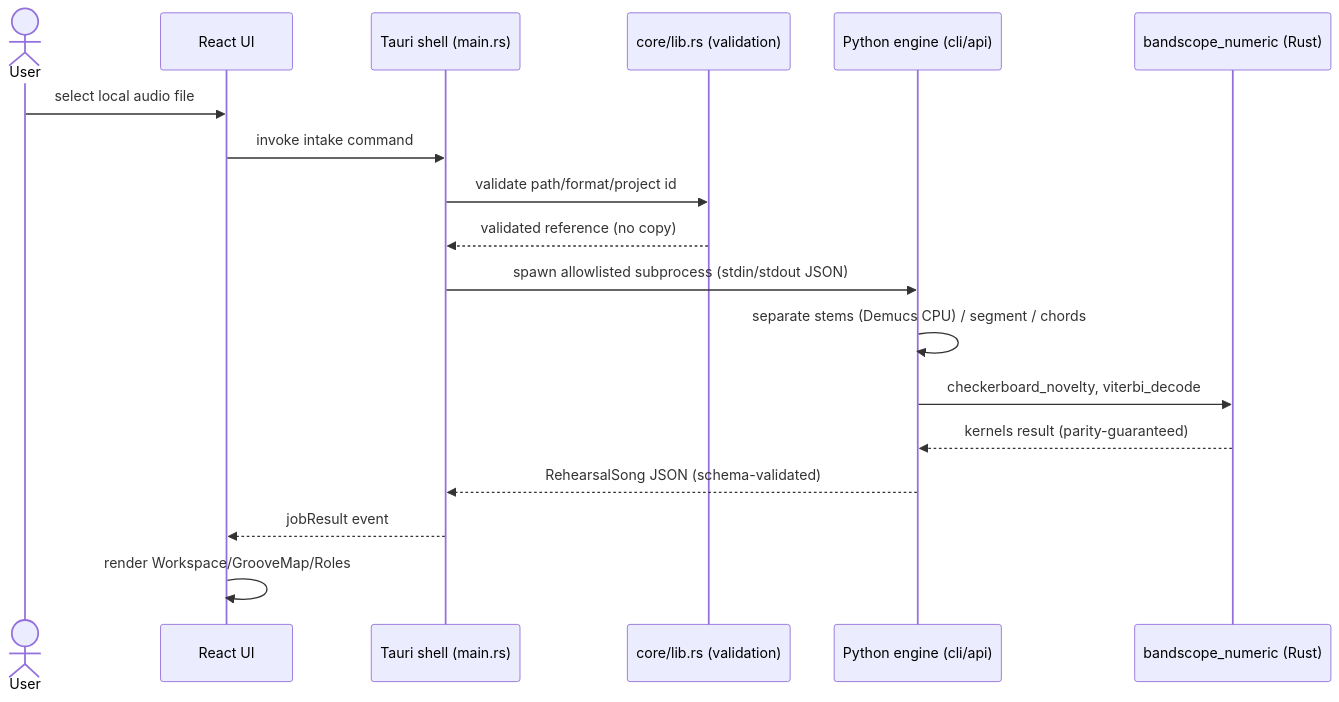
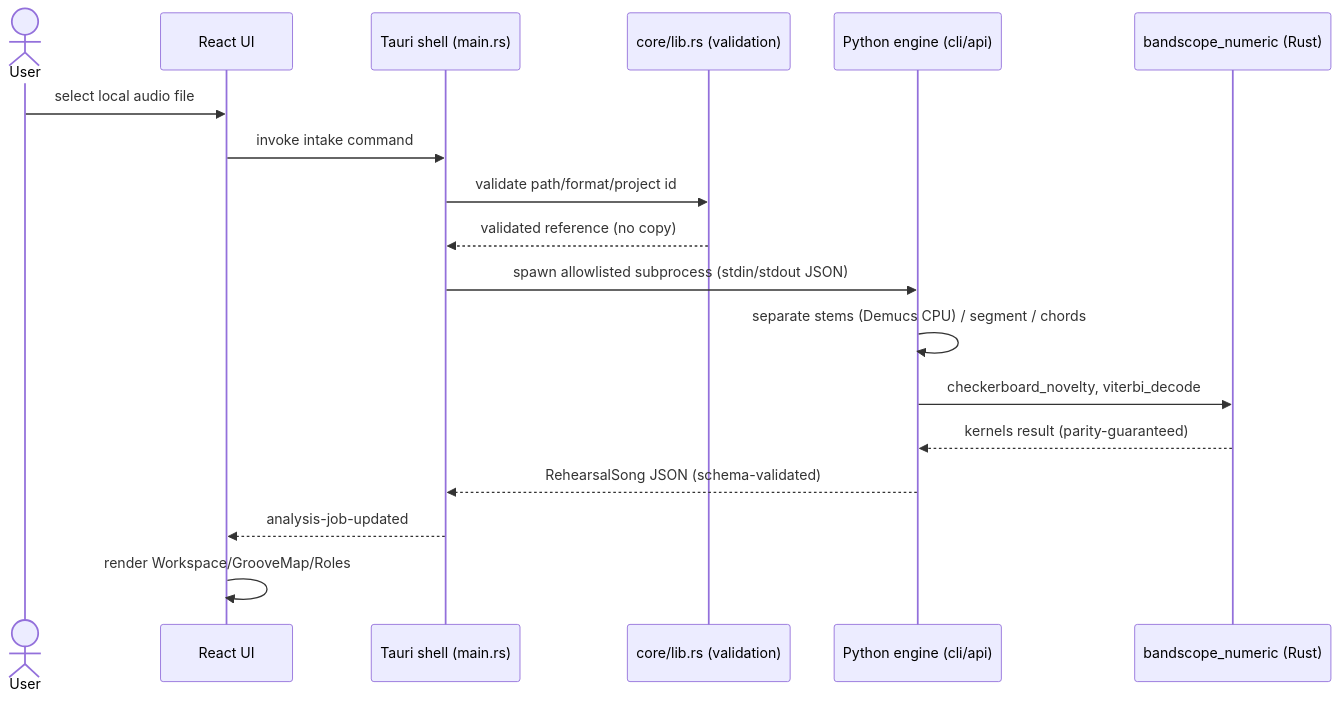
The second of 3 diagrams in docs/product-technical-gap-baseline.md (ContextualWisdomLab/bandscope), drawn with Mermaid before and after one commit. The commit also changed other lines of this file, not shown here.

````diff
--- a/docs/product-technical-gap-baseline.md
+++ b/docs/product-technical-gap-baseline.md
@@ -147,20 +147,20 @@
 ```mermaid
 sequenceDiagram
     actor U as User
     participant UI as React UI
     participant T as Tauri shell (main.rs)
     participant C as core/lib.rs (validation)
     participant P as Python engine (cli/api)
     participant N as bandscope_numeric (Rust)
     U->>UI: select local audio file
     UI->>T: invoke intake command
     T->>C: validate path/format/project id
     C-->>T: validated reference (no copy)
     T->>P: spawn allowlisted subprocess (stdin/stdout JSON)
     P->>P: separate stems (Demucs CPU) / segment / chords
     P->>N: checkerboard_novelty, viterbi_decode
     N-->>P: kernels result (parity-guaranteed)
     P-->>T: RehearsalSong JSON (schema-validated)
-    T-->>UI: jobResult event
+    T-->>UI: analysis-job-updated
     UI->>UI: render Workspace/GrooveMap/Roles
 ```
````
